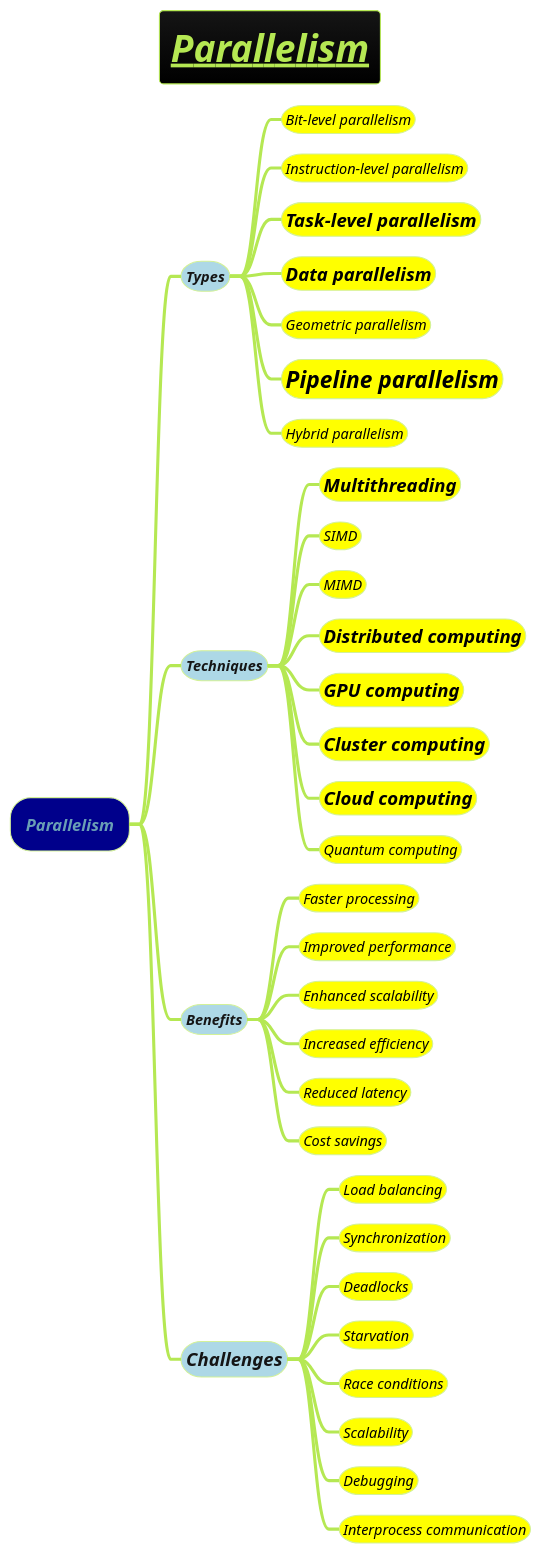
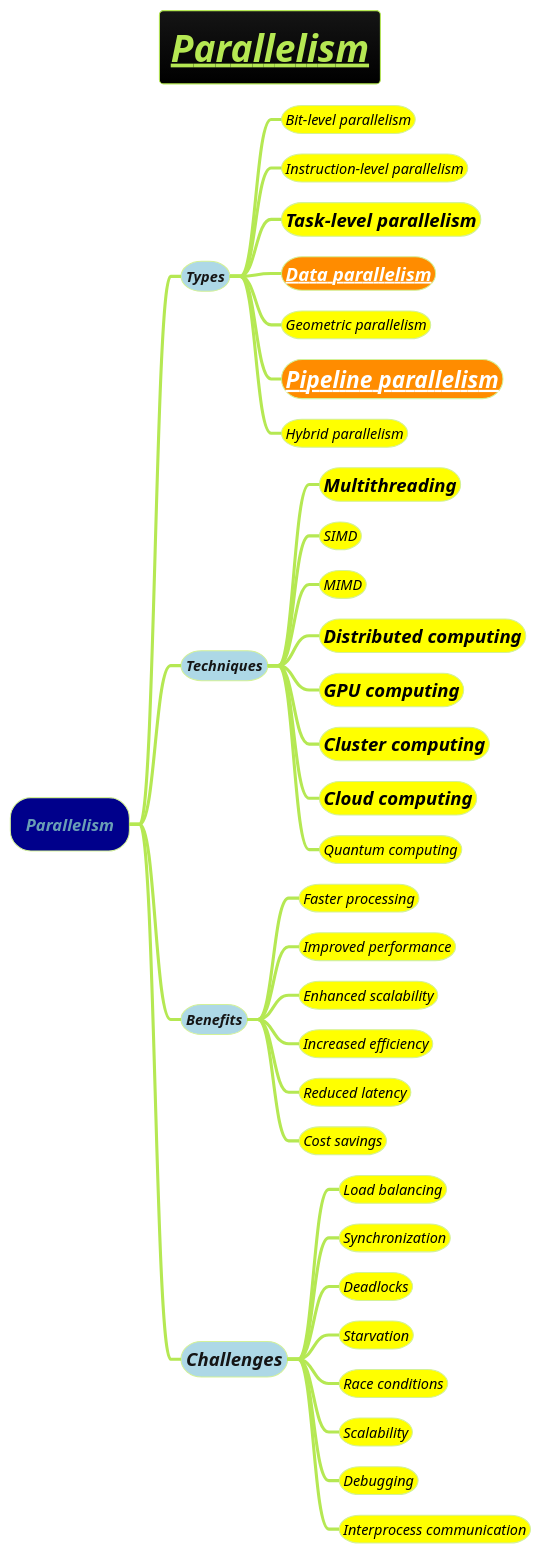
Before and after one commit to MehmoodHashmi/Documentation-as-Code-DaC: the diagram in docs/3-programming-languages/Venkat-Subramaniam/Concurrency-and-Parallelism/Parallelism.puml, drawn with PlantUML. The commit also changed 2 other files, not shown here.

```diff
--- a/docs/3-programming-languages/Venkat-Subramaniam/Concurrency-and-Parallelism/Parallelism.puml
+++ b/docs/3-programming-languages/Venkat-Subramaniam/Concurrency-and-Parallelism/Parallelism.puml
@@ -1,44 +1,44 @@
 @startmindmap
 title =<i><b><u>Parallelism
 !theme hacker
 
 
 
 
 
 
 *[#darkblue] <i>Parallelism
 **[#lightblue] <i><color #blac><size:14>Types
 ***[#yellow] <i><color #black><size:14>Bit-level parallelism
 ***[#yellow] <i><color #black><size:14>Instruction-level parallelism
 ***[#yellow] <i><color #black><size:18>**Task-level parallelism**
-***[#yellow] <i><color #black><size:18>**Data parallelism**
+***[#darkorange] <i><color #black><size:18><b>[[Data-Parallelism.puml Data parallelism]]
 ***[#yellow] <i><color #black><size:14>Geometric parallelism
-***[#yellow] <i><color #black><size:22><b>Pipeline parallelism
+***[#darkorange] <i><color #black><size:22><b>[[docs/3-programming-languages/Venkat-Subramaniam/Imperative-vs-Functional-Which-one-to-Choose.puml Pipeline parallelism]]
 ***[#yellow] <i><color #black><size:14>Hybrid parallelism
 **[#lightblue] <i><color #blac><size:14>Techniques
 ***[#yellow] <i><color #black><size:18>**Multithreading**
 ***[#yellow] <i><color #black><size:14>SIMD
 ***[#yellow] <i><color #black><size:14>MIMD
 ***[#yellow] <i><color #black><size:18>**Distributed computing**
 ***[#yellow] <i><color #black><size:18>**GPU computing**
 ***[#yellow] <i><color #black><size:18>**Cluster computing**
 ***[#yellow] <i><color #black><size:18>**Cloud computing**
 ***[#yellow] <i><color #black><size:14>Quantum computing
 **[#lightblue] <i><color #blac><size:14>Benefits
 ***[#yellow] <i><color #black><size:14>Faster processing
 ***[#yellow] <i><color #black><size:14>Improved performance
 ***[#yellow] <i><color #black><size:14>Enhanced scalability
 ***[#yellow] <i><color #black><size:14>Increased efficiency
 ***[#yellow] <i><color #black><size:14>Reduced latency
 ***[#yellow] <i><color #black><size:14>Cost savings
 **[#lightblue] <i><color #blac><size:18>**Challenges**
 ***[#yellow] <i><color #black><size:14>Load balancing
 ***[#yellow] <i><color #black><size:14>Synchronization
 ***[#yellow] <i><color #black><size:14>Deadlocks
 ***[#yellow] <i><color #black><size:14>Starvation
 ***[#yellow] <i><color #black><size:14>Race conditions
 ***[#yellow] <i><color #black><size:14>Scalability
 ***[#yellow] <i><color #black><size:14>Debugging
 ***[#yellow] <i><color #black><size:14>Interprocess communication
 @endmindmap
```
